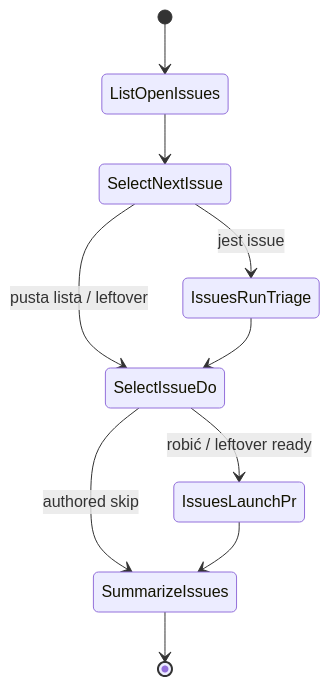
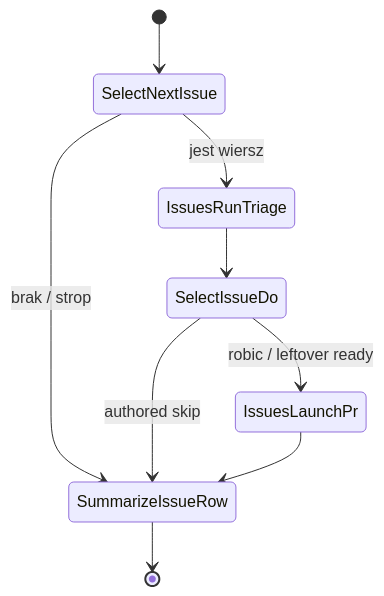
Before and after one commit to mikolaj92/lokay: diagram 38 of 46 in README.md, drawn with Mermaid. The commit also changed other lines of this file and 15 other files, not shown here.

First line of the commit message:
fix: factory_pass catalog loop is a nested issue_row, not eight copies

````diff
--- a/README.md
+++ b/README.md
@@ -981,12 +1000,11 @@
 ```mermaid
 stateDiagram-v2
-    [*] --> ListOpenIssues
-    ListOpenIssues --> SelectNextIssue
-    SelectNextIssue --> IssuesRunTriage: jest issue
-    SelectNextIssue --> SelectIssueDo: pusta lista / leftover
+    [*] --> SelectNextIssue
+    SelectNextIssue --> IssuesRunTriage: jest wiersz
+    SelectNextIssue --> SummarizeIssueRow: brak / strop
     IssuesRunTriage --> SelectIssueDo
-    SelectIssueDo --> IssuesLaunchPr: robić / leftover ready
-    SelectIssueDo --> SummarizeIssues: authored skip
-    IssuesLaunchPr --> SummarizeIssues
-    SummarizeIssues --> [*]
+    SelectIssueDo --> IssuesLaunchPr: robic / leftover ready
+    SelectIssueDo --> SummarizeIssueRow: authored skip
+    IssuesLaunchPr --> SummarizeIssueRow
+    SummarizeIssueRow --> [*]
 ```
````
